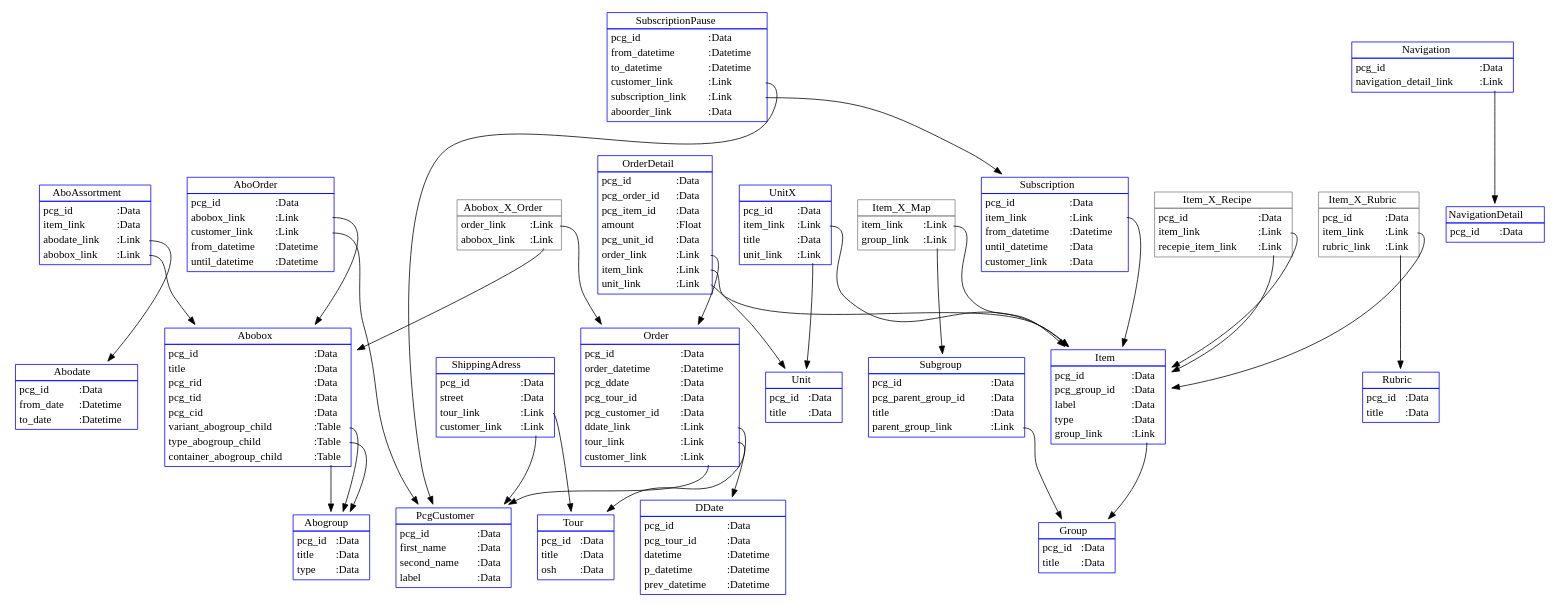
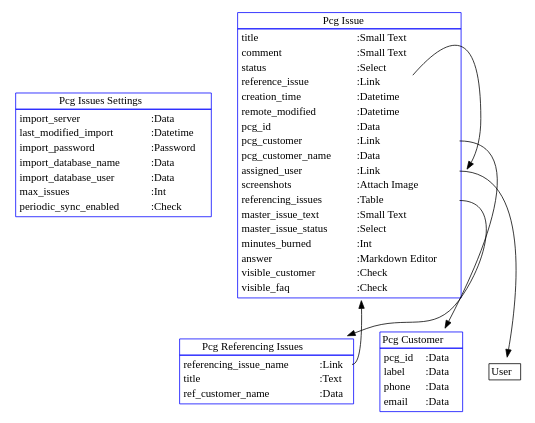
The diagram in out.dot (stephenBDT/frappe-doctype-to-er-dot), drawn with Graphviz before and after one commit. The commit also changed 5 other files, not shown here.

Commit message:
added graphml support

```diff
--- a/out.dot
+++ b/out.dot
@@ -1,206 +1,80 @@
 digraph models_diagram {
- graph[overlap=false, splines=true]Abobox[
+ graph[overlap=false, splines=true]PcgIssuesSettings[
 shape=plaintext
 label=<<table border='0' cellborder='1' color='blue' cellspacing='0'>
-<tr><td>Abobox</td></tr>
+<tr><td>Pcg Issues Settings</td></tr>
 <tr><td><table border='0' color='orange' cellspacing='0' cellborder='0'>
-<tr><td align='left'>pcg_id</td><td align='left'  port='pcg_id'>:Data</td></tr>
+<tr><td align='left'>import_server</td><td align='left'  port='import_server'>:Data</td></tr>
 
-<tr><td align='left'>title</td><td align='left'  port='title'>:Data</td></tr>
+<tr><td align='left'>last_modified_import</td><td align='left'  port='last_modified_import'>:Datetime</td></tr>
 
-<tr><td align='left'>pcg_rid</td><td align='left'  port='pcg_rid'>:Data</td></tr>
+<tr><td align='left'>import_password</td><td align='left'  port='import_password'>:Password</td></tr>
 
-<tr><td align='left'>pcg_tid</td><td align='left'  port='pcg_tid'>:Data</td></tr>
+<tr><td align='left'>import_database_name</td><td align='left'  port='import_database_name'>:Data</td></tr>
 
-<tr><td align='left'>pcg_cid</td><td align='left'  port='pcg_cid'>:Data</td></tr>
+<tr><td align='left'>import_database_user</td><td align='left'  port='import_database_user'>:Data</td></tr>
 
-<tr><td align='left'>variant_abogroup_child</td><td align='left'  port='variant_abogroup_child'>:Table</td></tr>
+<tr><td align='left'>max_issues</td><td align='left'  port='max_issues'>:Int</td></tr>
 
-<tr><td align='left'>type_abogroup_child</td><td align='left'  port='type_abogroup_child'>:Table</td></tr>
-
-<tr><td align='left'>container_abogroup_child</td><td align='left'  port='container_abogroup_child'>:Table</td></tr>
+<tr><td align='left'>periodic_sync_enabled</td><td align='left'  port='periodic_sync_enabled'>:Check</td></tr>
 </table></td></tr>
 </table>
 >];
 
-Unit[
+PcgIssue[
 shape=plaintext
 label=<<table border='0' cellborder='1' color='blue' cellspacing='0'>
-<tr><td>Unit</td></tr>
+<tr><td>Pcg Issue</td></tr>
 <tr><td><table border='0' color='orange' cellspacing='0' cellborder='0'>
+<tr><td align='left'>title</td><td align='left'  port='title'>:Small Text</td></tr>
+
+<tr><td align='left'>comment</td><td align='left'  port='comment'>:Small Text</td></tr>
+
+<tr><td align='left'>status</td><td align='left'  port='status'>:Select</td></tr>
+
+<tr><td align='left'>reference_issue</td><td align='left'  port='reference_issue'>:Link</td></tr>
+
+<tr><td align='left'>creation_time</td><td align='left'  port='creation_time'>:Datetime</td></tr>
+
+<tr><td align='left'>remote_modified</td><td align='left'  port='remote_modified'>:Datetime</td></tr>
+
 <tr><td align='left'>pcg_id</td><td align='left'  port='pcg_id'>:Data</td></tr>
 
-<tr><td align='left'>title</td><td align='left'  port='title'>:Data</td></tr>
+<tr><td align='left'>pcg_customer</td><td align='left'  port='pcg_customer'>:Link</td></tr>
+
+<tr><td align='left'>pcg_customer_name</td><td align='left'  port='pcg_customer_name'>:Data</td></tr>
+
+<tr><td align='left'>assigned_user</td><td align='left'  port='assigned_user'>:Link</td></tr>
+
+<tr><td align='left'>screenshots</td><td align='left'  port='screenshots'>:Attach Image</td></tr>
+
+<tr><td align='left'>referencing_issues</td><td align='left'  port='referencing_issues'>:Table</td></tr>
+
+<tr><td align='left'>master_issue_text</td><td align='left'  port='master_issue_text'>:Small Text</td></tr>
+
+<tr><td align='left'>master_issue_status</td><td align='left'  port='master_issue_status'>:Select</td></tr>
+
+<tr><td align='left'>minutes_burned</td><td align='left'  port='minutes_burned'>:Int</td></tr>
+
+<tr><td align='left'>answer</td><td align='left'  port='answer'>:Markdown Editor</td></tr>
+
+<tr><td align='left'>visible_customer</td><td align='left'  port='visible_customer'>:Check</td></tr>
+
+<tr><td align='left'>visible_faq</td><td align='left'  port='visible_faq'>:Check</td></tr>
 </table></td></tr>
 </table>
 >];
 
-Item[
+PcgReferencingIssues[
 shape=plaintext
 label=<<table border='0' cellborder='1' color='blue' cellspacing='0'>
-<tr><td>Item</td></tr>
+<tr><td>Pcg Referencing Issues</td></tr>
 <tr><td><table border='0' color='orange' cellspacing='0' cellborder='0'>
-<tr><td align='left'>pcg_id</td><td align='left'  port='pcg_id'>:Data</td></tr>
+<tr><td align='left'>referencing_issue_name</td><td align='left'  port='referencing_issue_name'>:Link</td></tr>
 
-<tr><td align='left'>pcg_group_id</td><td align='left'  port='pcg_group_id'>:Data</td></tr>
+<tr><td align='left'>title</td><td align='left'  port='title'>:Text</td></tr>
 
-<tr><td align='left'>label</td><td align='left'  port='label'>:Data</td></tr>
-
-<tr><td align='left'>type</td><td align='left'  port='type'>:Data</td></tr>
-
-<tr><td align='left'>group_link</td><td align='left'  port='group_link'>:Link</td></tr>
-</table></td></tr>
-</table>
->];
-
-DDate[
-shape=plaintext
-label=<<table border='0' cellborder='1' color='blue' cellspacing='0'>
-<tr><td>DDate</td></tr>
-<tr><td><table border='0' color='orange' cellspacing='0' cellborder='0'>
-<tr><td align='left'>pcg_id</td><td align='left'  port='pcg_id'>:Data</td></tr>
-
-<tr><td align='left'>pcg_tour_id</td><td align='left'  port='pcg_tour_id'>:Data</td></tr>
-
-<tr><td align='left'>datetime</td><td align='left'  port='datetime'>:Datetime</td></tr>
-
-<tr><td align='left'>p_datetime</td><td align='left'  port='p_datetime'>:Datetime</td></tr>
-
-<tr><td align='left'>prev_datetime</td><td align='left'  port='prev_datetime'>:Datetime</td></tr>
-</table></td></tr>
-</table>
->];
-
-Rubric[
-shape=plaintext
-label=<<table border='0' cellborder='1' color='blue' cellspacing='0'>
-<tr><td>Rubric</td></tr>
-<tr><td><table border='0' color='orange' cellspacing='0' cellborder='0'>
-<tr><td align='left'>pcg_id</td><td align='left'  port='pcg_id'>:Data</td></tr>
-
-<tr><td align='left'>title</td><td align='left'  port='title'>:Data</td></tr>
-</table></td></tr>
-</table>
->];
-
-NavigationDetail[
-shape=plaintext
-label=<<table border='0' cellborder='1' color='blue' cellspacing='0'>
-<tr><td>NavigationDetail</td></tr>
-<tr><td><table border='0' color='orange' cellspacing='0' cellborder='0'>
-<tr><td align='left'>pcg_id</td><td align='left'  port='pcg_id'>:Data</td></tr>
-</table></td></tr>
-</table>
->];
-
-OrderDetail[
-shape=plaintext
-label=<<table border='0' cellborder='1' color='blue' cellspacing='0'>
-<tr><td>OrderDetail</td></tr>
-<tr><td><table border='0' color='orange' cellspacing='0' cellborder='0'>
-<tr><td align='left'>pcg_id</td><td align='left'  port='pcg_id'>:Data</td></tr>
-
-<tr><td align='left'>pcg_order_id</td><td align='left'  port='pcg_order_id'>:Data</td></tr>
-
-<tr><td align='left'>pcg_item_id</td><td align='left'  port='pcg_item_id'>:Data</td></tr>
-
-<tr><td align='left'>amount</td><td align='left'  port='amount'>:Float</td></tr>
-
-<tr><td align='left'>pcg_unit_id</td><td align='left'  port='pcg_unit_id'>:Data</td></tr>
-
-<tr><td align='left'>order_link</td><td align='left'  port='order_link'>:Link</td></tr>
-
-<tr><td align='left'>item_link</td><td align='left'  port='item_link'>:Link</td></tr>
-
-<tr><td align='left'>unit_link</td><td align='left'  port='unit_link'>:Link</td></tr>
-</table></td></tr>
-</table>
->];
-
-SubscriptionPause[
-shape=plaintext
-label=<<table border='0' cellborder='1' color='blue' cellspacing='0'>
-<tr><td>SubscriptionPause</td></tr>
-<tr><td><table border='0' color='orange' cellspacing='0' cellborder='0'>
-<tr><td align='left'>pcg_id</td><td align='left'  port='pcg_id'>:Data</td></tr>
-
-<tr><td align='left'>from_datetime</td><td align='left'  port='from_datetime'>:Datetime</td></tr>
-
-<tr><td align='left'>to_datetime</td><td align='left'  port='to_datetime'>:Datetime</td></tr>
-
-<tr><td align='left'>customer_link</td><td align='left'  port='customer_link'>:Link</td></tr>
-
-<tr><td align='left'>subscription_link</td><td align='left'  port='subscription_link'>:Link</td></tr>
-
-<tr><td align='left'>aboorder_link</td><td align='left'  port='aboorder_link'>:Data</td></tr>
-</table></td></tr>
-</table>
->];
-
-Abogroup[
-shape=plaintext
-label=<<table border='0' cellborder='1' color='blue' cellspacing='0'>
-<tr><td>Abogroup</td></tr>
-<tr><td><table border='0' color='orange' cellspacing='0' cellborder='0'>
-<tr><td align='left'>pcg_id</td><td align='left'  port='pcg_id'>:Data</td></tr>
-
-<tr><td align='left'>title</td><td align='left'  port='title'>:Data</td></tr>
-
-<tr><td align='left'>type</td><td align='left'  port='type'>:Data</td></tr>
-</table></td></tr>
-</table>
->];
-
-Tour[
-shape=plaintext
-label=<<table border='0' cellborder='1' color='blue' cellspacing='0'>
-<tr><td>Tour</td></tr>
-<tr><td><table border='0' color='orange' cellspacing='0' cellborder='0'>
-<tr><td align='left'>pcg_id</td><td align='left'  port='pcg_id'>:Data</td></tr>
-
-<tr><td align='left'>title</td><td align='left'  port='title'>:Data</td></tr>
-
-<tr><td align='left'>osh</td><td align='left'  port='osh'>:Data</td></tr>
-</table></td></tr>
-</table>
->];
-
-UnitX[
-shape=plaintext
-label=<<table border='0' cellborder='1' color='blue' cellspacing='0'>
-<tr><td>UnitX</td></tr>
-<tr><td><table border='0' color='orange' cellspacing='0' cellborder='0'>
-<tr><td align='left'>pcg_id</td><td align='left'  port='pcg_id'>:Data</td></tr>
-
-<tr><td align='left'>item_link</td><td align='left'  port='item_link'>:Link</td></tr>
-
-<tr><td align='left'>title</td><td align='left'  port='title'>:Data</td></tr>
-
-<tr><td align='left'>unit_link</td><td align='left'  port='unit_link'>:Link</td></tr>
-</table></td></tr>
-</table>
->];
-
-Group[
-shape=plaintext
-label=<<table border='0' cellborder='1' color='blue' cellspacing='0'>
-<tr><td>Group</td></tr>
-<tr><td><table border='0' color='orange' cellspacing='0' cellborder='0'>
-<tr><td align='left'>pcg_id</td><td align='left'  port='pcg_id'>:Data</td></tr>
-
-<tr><td align='left'>title</td><td align='left'  port='title'>:Data</td></tr>
-</table></td></tr>
-</table>
->];
-
-Navigation[
-shape=plaintext
-label=<<table border='0' cellborder='1' color='blue' cellspacing='0'>
-<tr><td>Navigation</td></tr>
-<tr><td><table border='0' color='orange' cellspacing='0' cellborder='0'>
-<tr><td align='left'>pcg_id</td><td align='left'  port='pcg_id'>:Data</td></tr>
-
-<tr><td align='left'>navigation_detail_link</td><td align='left'  port='navigation_detail_link'>:Link</td></tr>
+<tr><td align='left'>ref_customer_name</td><td align='left'  port='ref_customer_name'>:Data</td></tr>
 </table></td></tr>
 </table>
 >];
@@ -208,219 +82,26 @@
 PcgCustomer[
 shape=plaintext
 label=<<table border='0' cellborder='1' color='blue' cellspacing='0'>
-<tr><td>PcgCustomer</td></tr>
+<tr><td>Pcg Customer</td></tr>
 <tr><td><table border='0' color='orange' cellspacing='0' cellborder='0'>
 <tr><td align='left'>pcg_id</td><td align='left'  port='pcg_id'>:Data</td></tr>
 
-<tr><td align='left'>first_name</td><td align='left'  port='first_name'>:Data</td></tr>
+<tr><td align='left'>label</td><td align='left'  port='label'>:Data</td></tr>
 
-<tr><td align='left'>second_name</td><td align='left'  port='second_name'>:Data</td></tr>
+<tr><td align='left'>phone</td><td align='left'  port='phone'>:Data</td></tr>
 
-<tr><td align='left'>label</td><td align='left'  port='label'>:Data</td></tr>
+<tr><td align='left'>email</td><td align='left'  port='email'>:Data</td></tr>
 </table></td></tr>
 </table>
 >];
 
-AboOrder[
+User[
 shape=plaintext
-label=<<table border='0' cellborder='1' color='blue' cellspacing='0'>
-<tr><td>AboOrder</td></tr>
-<tr><td><table border='0' color='orange' cellspacing='0' cellborder='0'>
-<tr><td align='left'>pcg_id</td><td align='left'  port='pcg_id'>:Data</td></tr>
-
-<tr><td align='left'>abobox_link</td><td align='left'  port='abobox_link'>:Link</td></tr>
-
-<tr><td align='left'>customer_link</td><td align='left'  port='customer_link'>:Link</td></tr>
-
-<tr><td align='left'>from_datetime</td><td align='left'  port='from_datetime'>:Datetime</td></tr>
-
-<tr><td align='left'>until_datetime</td><td align='left'  port='until_datetime'>:Datetime</td></tr>
-</table></td></tr>
+label=<<table border='0' cellborder='1' color='' cellspacing='0'>
+<tr><td>User</td></tr>
 </table>
->];
-
-Abobox_X_Order[
-shape=plaintext
-label=<<table border='0' cellborder='1' color='gray' cellspacing='0'>
-<tr><td>Abobox_X_Order</td></tr>
-<tr><td><table border='0' color='orange' cellspacing='0' cellborder='0'>
-<tr><td align='left'>order_link</td><td align='left'  port='order_link'>:Link</td></tr>
-
-<tr><td align='left'>abobox_link</td><td align='left'  port='abobox_link'>:Link</td></tr>
-</table></td></tr>
-</table>
->];
-
-Abodate[
-shape=plaintext
-label=<<table border='0' cellborder='1' color='blue' cellspacing='0'>
-<tr><td>Abodate</td></tr>
-<tr><td><table border='0' color='orange' cellspacing='0' cellborder='0'>
-<tr><td align='left'>pcg_id</td><td align='left'  port='pcg_id'>:Data</td></tr>
-
-<tr><td align='left'>from_date</td><td align='left'  port='from_date'>:Datetime</td></tr>
-
-<tr><td align='left'>to_date</td><td align='left'  port='to_date'>:Datetime</td></tr>
-</table></td></tr>
-</table>
->];
-
-Item_X_Map[
-shape=plaintext
-label=<<table border='0' cellborder='1' color='gray' cellspacing='0'>
-<tr><td>Item_X_Map</td></tr>
-<tr><td><table border='0' color='orange' cellspacing='0' cellborder='0'>
-<tr><td align='left'>item_link</td><td align='left'  port='item_link'>:Link</td></tr>
-
-<tr><td align='left'>group_link</td><td align='left'  port='group_link'>:Link</td></tr>
-</table></td></tr>
-</table>
->];
-
-Subscription[
-shape=plaintext
-label=<<table border='0' cellborder='1' color='blue' cellspacing='0'>
-<tr><td>Subscription</td></tr>
-<tr><td><table border='0' color='orange' cellspacing='0' cellborder='0'>
-<tr><td align='left'>pcg_id</td><td align='left'  port='pcg_id'>:Data</td></tr>
-
-<tr><td align='left'>item_link</td><td align='left'  port='item_link'>:Link</td></tr>
-
-<tr><td align='left'>from_datetime</td><td align='left'  port='from_datetime'>:Datetime</td></tr>
-
-<tr><td align='left'>until_datetime</td><td align='left'  port='until_datetime'>:Data</td></tr>
-
-<tr><td align='left'>customer_link</td><td align='left'  port='customer_link'>:Data</td></tr>
-</table></td></tr>
-</table>
->];
-
-Order[
-shape=plaintext
-label=<<table border='0' cellborder='1' color='blue' cellspacing='0'>
-<tr><td>Order</td></tr>
-<tr><td><table border='0' color='orange' cellspacing='0' cellborder='0'>
-<tr><td align='left'>pcg_id</td><td align='left'  port='pcg_id'>:Data</td></tr>
-
-<tr><td align='left'>order_datetime</td><td align='left'  port='order_datetime'>:Datetime</td></tr>
-
-<tr><td align='left'>pcg_ddate</td><td align='left'  port='pcg_ddate'>:Data</td></tr>
-
-<tr><td align='left'>pcg_tour_id</td><td align='left'  port='pcg_tour_id'>:Data</td></tr>
-
-<tr><td align='left'>pcg_customer_id</td><td align='left'  port='pcg_customer_id'>:Data</td></tr>
-
-<tr><td align='left'>ddate_link</td><td align='left'  port='ddate_link'>:Link</td></tr>
-
-<tr><td align='left'>tour_link</td><td align='left'  port='tour_link'>:Link</td></tr>
-
-<tr><td align='left'>customer_link</td><td align='left'  port='customer_link'>:Link</td></tr>
-</table></td></tr>
-</table>
->];
-
-ShippingAdress[
-shape=plaintext
-label=<<table border='0' cellborder='1' color='blue' cellspacing='0'>
-<tr><td>ShippingAdress</td></tr>
-<tr><td><table border='0' color='orange' cellspacing='0' cellborder='0'>
-<tr><td align='left'>pcg_id</td><td align='left'  port='pcg_id'>:Data</td></tr>
-
-<tr><td align='left'>street</td><td align='left'  port='street'>:Data</td></tr>
-
-<tr><td align='left'>tour_link</td><td align='left'  port='tour_link'>:Link</td></tr>
-
-<tr><td align='left'>customer_link</td><td align='left'  port='customer_link'>:Link</td></tr>
-</table></td></tr>
-</table>
->];
-
-AboAssortment[
-shape=plaintext
-label=<<table border='0' cellborder='1' color='blue' cellspacing='0'>
-<tr><td>AboAssortment</td></tr>
-<tr><td><table border='0' color='orange' cellspacing='0' cellborder='0'>
-<tr><td align='left'>pcg_id</td><td align='left'  port='pcg_id'>:Data</td></tr>
-
-<tr><td align='left'>item_link</td><td align='left'  port='item_link'>:Data</td></tr>
-
-<tr><td align='left'>abodate_link</td><td align='left'  port='abodate_link'>:Link</td></tr>
-
-<tr><td align='left'>abobox_link</td><td align='left'  port='abobox_link'>:Link</td></tr>
-</table></td></tr>
-</table>
->];
-
-Item_X_Rubric[
-shape=plaintext
-label=<<table border='0' cellborder='1' color='gray' cellspacing='0'>
-<tr><td>Item_X_Rubric</td></tr>
-<tr><td><table border='0' color='orange' cellspacing='0' cellborder='0'>
-<tr><td align='left'>pcg_id</td><td align='left'  port='pcg_id'>:Data</td></tr>
-
-<tr><td align='left'>item_link</td><td align='left'  port='item_link'>:Link</td></tr>
-
-<tr><td align='left'>rubric_link</td><td align='left'  port='rubric_link'>:Link</td></tr>
-</table></td></tr>
-</table>
->];
-
-Subgroup[
-shape=plaintext
-label=<<table border='0' cellborder='1' color='blue' cellspacing='0'>
-<tr><td>Subgroup</td></tr>
-<tr><td><table border='0' color='orange' cellspacing='0' cellborder='0'>
-<tr><td align='left'>pcg_id</td><td align='left'  port='pcg_id'>:Data</td></tr>
-
-<tr><td align='left'>pcg_parent_group_id</td><td align='left'  port='pcg_parent_group_id'>:Data</td></tr>
-
-<tr><td align='left'>title</td><td align='left'  port='title'>:Data</td></tr>
-
-<tr><td align='left'>parent_group_link</td><td align='left'  port='parent_group_link'>:Link</td></tr>
-</table></td></tr>
-</table>
->];
-
-Item_X_Recipe[
-shape=plaintext
-label=<<table border='0' cellborder='1' color='gray' cellspacing='0'>
-<tr><td>Item_X_Recipe</td></tr>
-<tr><td><table border='0' color='orange' cellspacing='0' cellborder='0'>
-<tr><td align='left'>pcg_id</td><td align='left'  port='pcg_id'>:Data</td></tr>
-
-<tr><td align='left'>item_link</td><td align='left'  port='item_link'>:Link</td></tr>
-
-<tr><td align='left'>recepie_item_link</td><td align='left'  port='recepie_item_link'>:Link</td></tr>
-</table></td></tr>
-</table>
->];Abobox:variant_abogroup_child -> Abogroup
-Abobox:type_abogroup_child -> Abogroup
-Abobox:container_abogroup_child -> Abogroup
-Item:group_link -> Group
-OrderDetail:order_link -> Order
-OrderDetail:item_link -> Item
-OrderDetail:unit_link -> Unit
-SubscriptionPause:customer_link -> PcgCustomer
-SubscriptionPause:subscription_link -> Subscription
-UnitX:item_link -> Item
-UnitX:unit_link -> Unit
-Navigation:navigation_detail_link -> NavigationDetail
-AboOrder:abobox_link -> Abobox
-AboOrder:customer_link -> PcgCustomer
-Abobox_X_Order:order_link -> Order
-Abobox_X_Order:abobox_link -> Abobox
-Item_X_Map:item_link -> Item
-Item_X_Map:group_link -> Subgroup
-Subscription:item_link -> Item
-Order:ddate_link -> DDate
-Order:tour_link -> Tour
-Order:customer_link -> PcgCustomer
-ShippingAdress:tour_link -> Tour
-ShippingAdress:customer_link -> PcgCustomer
-AboAssortment:abodate_link -> Abodate
-AboAssortment:abobox_link -> Abobox
-Item_X_Rubric:item_link -> Item
-Item_X_Rubric:rubric_link -> Rubric
-Subgroup:parent_group_link -> Group
-Item_X_Recipe:item_link -> Item
-Item_X_Recipe:recepie_item_link -> Item}
+>];PcgIssue:reference_issue -> PcgIssue
+PcgIssue:pcg_customer -> PcgCustomer
+PcgIssue:assigned_user -> User
+PcgIssue:referencing_issues -> PcgReferencingIssues
+PcgReferencingIssues:referencing_issue_name -> PcgIssue}
```
